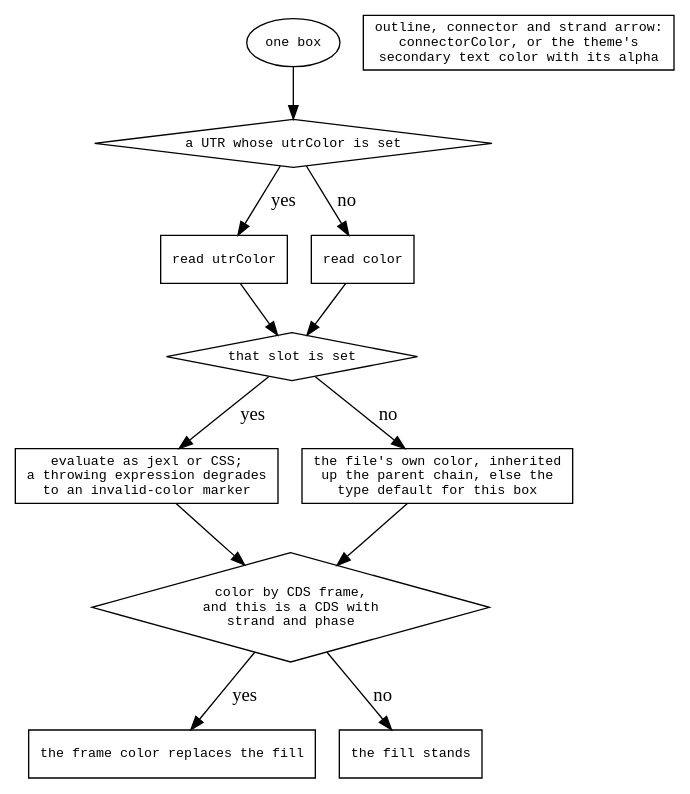
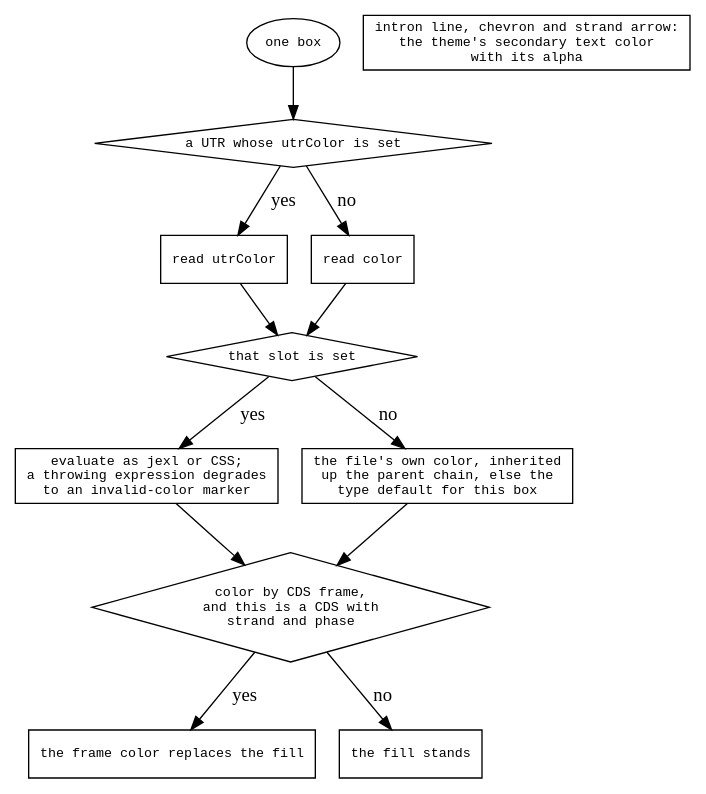
Before and after one commit to GMOD/jbrowse-components: the diagram in agent-docs/reference/diagrams/feature-color.dot, drawn with Graphviz. The commit also changed 16 other files, not shown here.

```diff
--- a/agent-docs/reference/diagrams/feature-color.dot
+++ b/agent-docs/reference/diagrams/feature-color.dot
@@ -1,29 +1,29 @@
 digraph feature_color {
   rankdir=TB
   node [shape=box fontname=monospace fontsize=10]
   { node [shape=diamond] utr; set; frame }
 
   b [label="one box", shape=oval]
   b -> utr
   utr [label="a UTR whose utrColor is set"]
   utr -> readutr [label=" yes"]
   utr -> readcol [label=" no"]
   readutr [label="read utrColor"]
   readcol [label="read color"]
 
   readutr -> set  readcol -> set
   set [label="that slot is set"]
   set -> expr [label=" yes"]
   set -> file [label=" no"]
   expr [label="evaluate as jexl or CSS;\na throwing expression degrades\nto an invalid-color marker"]
   file [label="the file's own color, inherited\nup the parent chain, else the\ntype default for this box"]
 
   expr -> frame  file -> frame
   frame [label="color by CDS frame,\nand this is a CDS with\nstrand and phase"]
   frame -> framecol [label=" yes"]
   frame -> keep     [label=" no"]
   framecol [label="the frame color replaces the fill"]
   keep     [label="the fill stands"]
 
-  stroke [label="outline, connector and strand arrow:\nconnectorColor, or the theme's\nsecondary text color with its alpha"]
+  stroke [label="intron line, chevron and strand arrow:\nthe theme's secondary text color\nwith its alpha"]
 }
```
